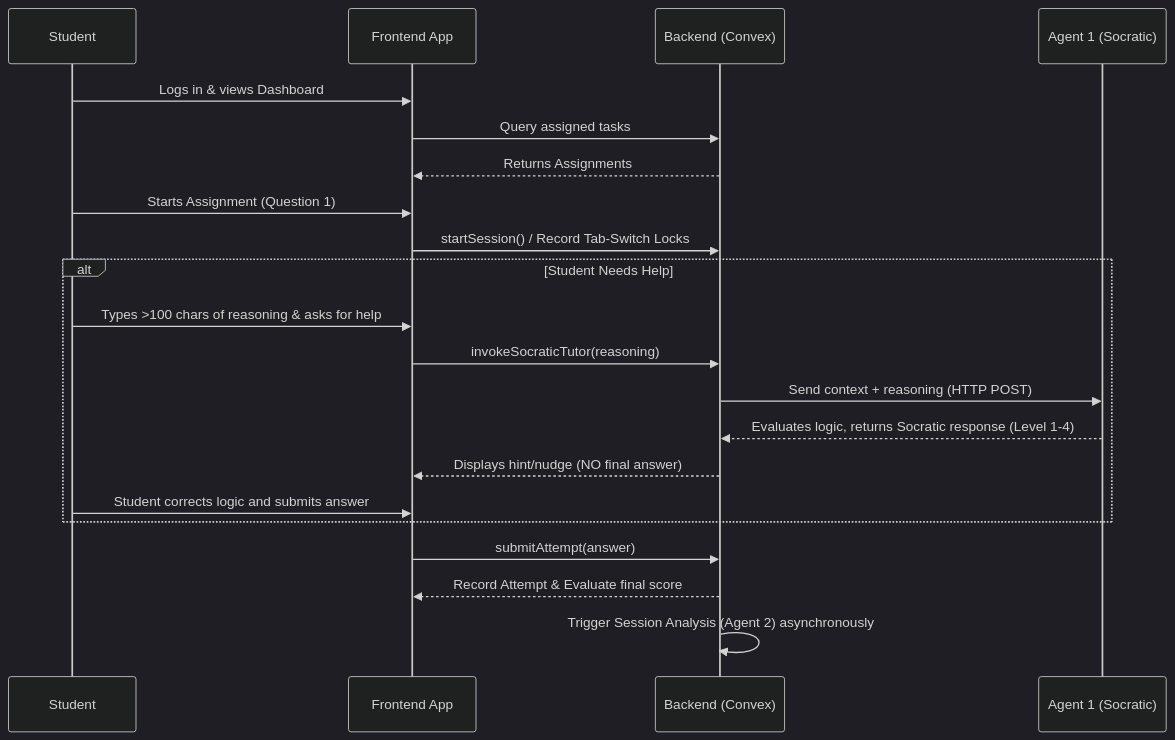
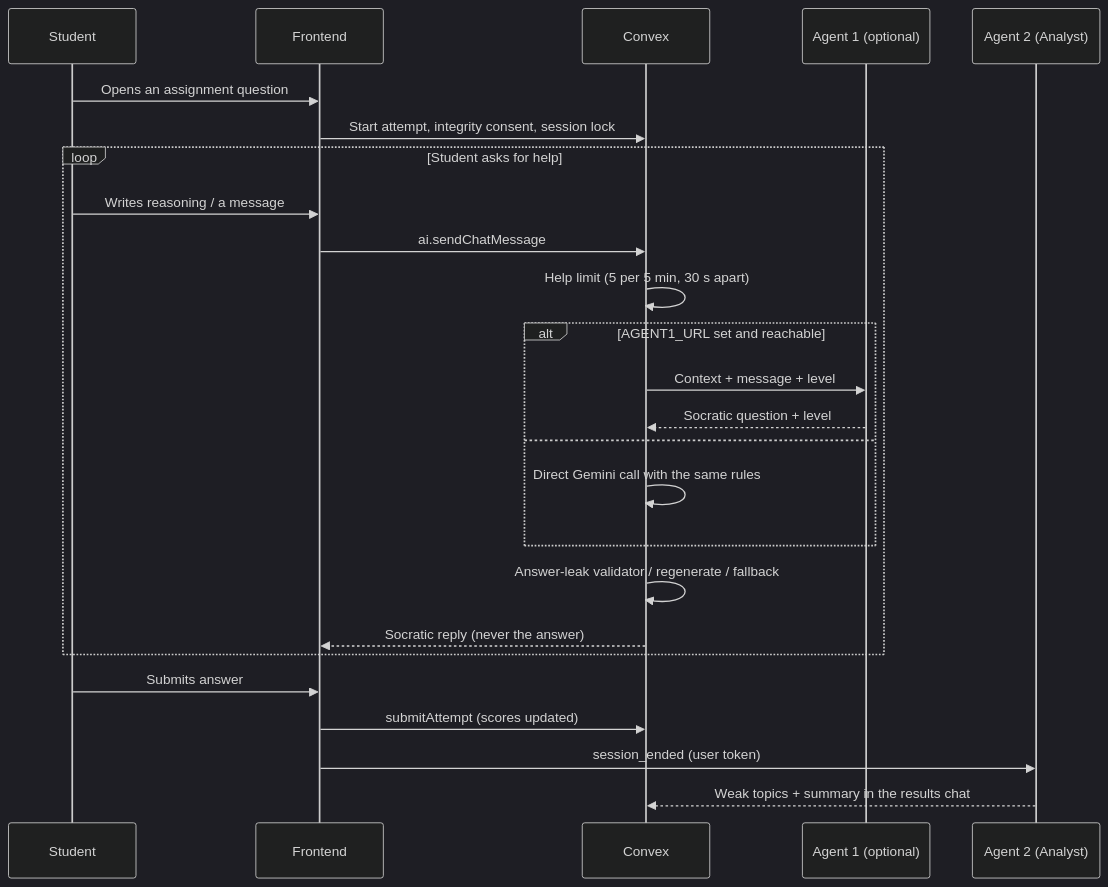
One commit to mohanreddythippireddy14-cell/CogAIt changed the diagram in docs/assets/diagrams/03_user_flow.md. Above: the diagram before and after it, drawn with Mermaid (dark theme). The commit also changed 13 other files, not shown here.

````diff
--- a/docs/assets/diagrams/03_user_flow.md
+++ b/docs/assets/diagrams/03_user_flow.md
@@ -3,26 +3,30 @@
 ```mermaid
 sequenceDiagram
     participant S as Student
-    participant UI as Frontend App
-    participant B as Backend (Convex)
-    participant A1 as Agent 1 (Socratic)
+    participant UI as Frontend
+    participant B as Convex
+    participant A1 as Agent 1 (optional)
+    participant A2 as Agent 2 (Analyst)
 
-    S->>UI: Logs in & views Dashboard
-    UI->>B: Query assigned tasks
-    B-->>UI: Returns Assignments
-    S->>UI: Starts Assignment (Question 1)
-    UI->>B: startSession() / Record Tab-Switch Locks
-    
-    alt Student Needs Help
-        S->>UI: Types >100 chars of reasoning & asks for help
-        UI->>B: invokeSocraticTutor(reasoning)
-        B->>A1: Send context + reasoning (HTTP POST)
-        A1-->>B: Evaluates logic, returns Socratic response (Level 1-4)
-        B-->>UI: Displays hint/nudge (NO final answer)
-        S->>UI: Student corrects logic and submits answer
+    S->>UI: Opens an assignment question
+    UI->>B: Start attempt, integrity consent, session lock
+
+    loop Student asks for help
+        S->>UI: Writes reasoning / a message
+        UI->>B: ai.sendChatMessage
+        B->>B: Help limit (5 per 5 min, 30 s apart)
+        alt AGENT1_URL set and reachable
+            B->>A1: Context + message + level
+            A1-->>B: Socratic question + level
+        else
+            B->>B: Direct Gemini call with the same rules
+        end
+        B->>B: Answer-leak validator / regenerate / fallback
+        B-->>UI: Socratic reply (never the answer)
     end
-    
-    UI->>B: submitAttempt(answer)
-    B-->>UI: Record Attempt & Evaluate final score
-    B->>B: Trigger Session Analysis (Agent 2) asynchronously
+
+    S->>UI: Submits answer
+    UI->>B: submitAttempt (scores updated)
+    UI->>A2: session_ended (user token)
+    A2-->>B: Weak topics + summary in the results chat
 ```
````
